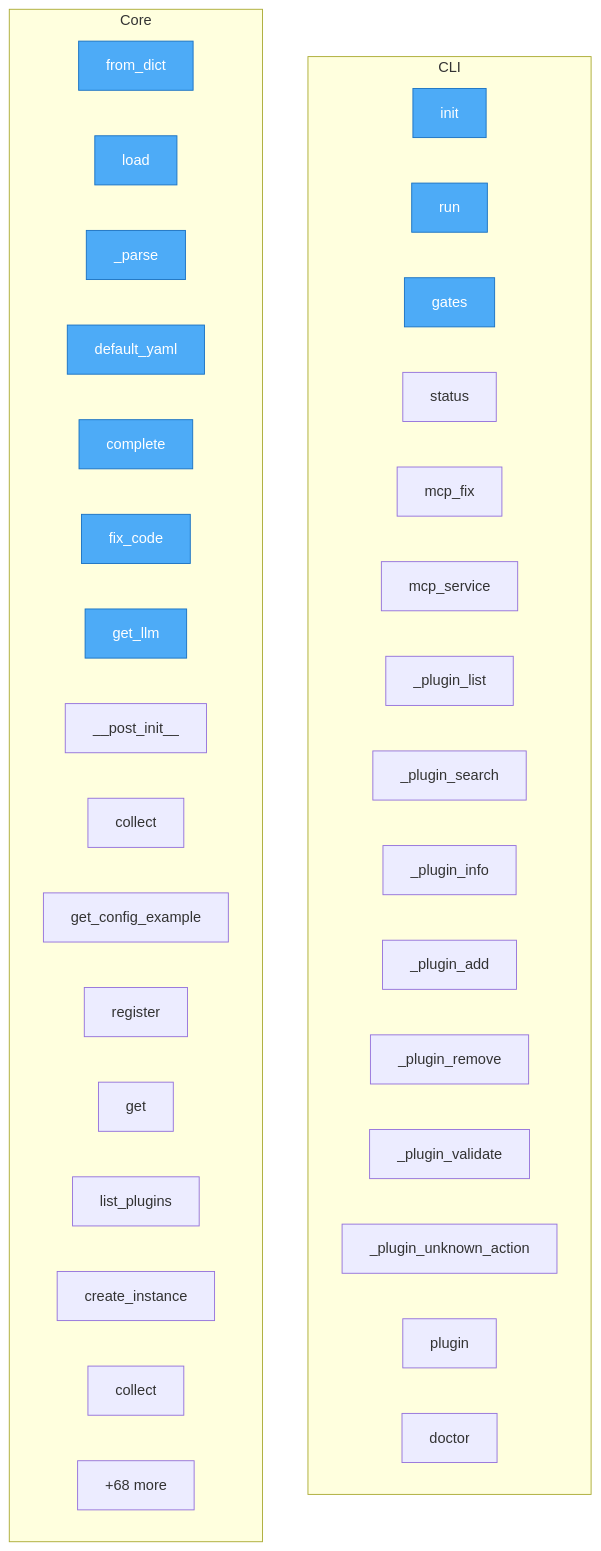
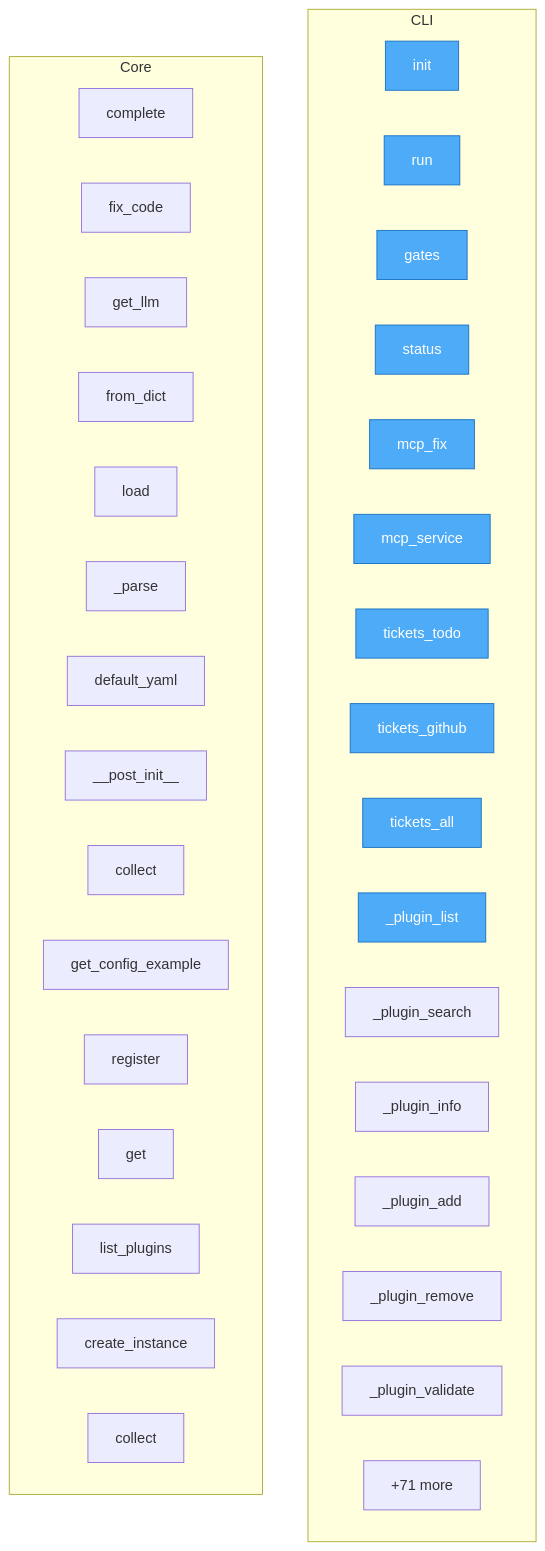
One commit to semcod/pyqual changed the diagram in project/flow.mmd. Above: the diagram before and after it, drawn with Mermaid. The commit also changed 51 other files, not shown here.

```diff
--- a/project/flow.mmd
+++ b/project/flow.mmd
@@ -1,43 +1,44 @@
 flowchart TD
 
     %% Entry points (blue)
     classDef entry fill:#4dabf7,stroke:#1971c2,color:#fff
 
     subgraph CLI
         pyqual__cli__init["init"]
         pyqual__cli__run["run"]
         pyqual__cli__gates["gates"]
         pyqual__cli__status["status"]
         pyqual__cli__mcp_fix["mcp_fix"]
         pyqual__cli__mcp_service["mcp_service"]
+        pyqual__cli__tickets_todo["tickets_todo"]
+        pyqual__cli__tickets_github["tickets_github"]
+        pyqual__cli__tickets_all["tickets_all"]
         pyqual__cli___plugin_list["_plugin_list"]
         pyqual__cli___plugin_search["_plugin_search"]
         pyqual__cli___plugin_info["_plugin_info"]
         pyqual__cli___plugin_add["_plugin_add"]
         pyqual__cli___plugin_remove["_plugin_remove"]
         pyqual__cli___plugin_validate["_plugin_validate"]
-        pyqual__cli___plugin_unknown_action["_plugin_unknown_action"]
-        pyqual__cli__plugin["plugin"]
-        pyqual__cli__doctor["doctor"]
+        ...["+3 more"]
     end
 
     subgraph Core
+        pyqual__llm__LLM__complete["complete"]
+        pyqual__llm__LLM__fix_code["fix_code"]
+        pyqual__llm__get_llm["get_llm"]
         pyqual__config__GateConfig__from_dict["from_dict"]
         pyqual__config__PyqualConfig__load["load"]
         pyqual__config__PyqualConfig___parse["_parse"]
         pyqual__config__PyqualConfig__default_yaml["default_yaml"]
-        pyqual__llm__LLM__complete["complete"]
-        pyqual__llm__LLM__fix_code["fix_code"]
-        pyqual__llm__get_llm["get_llm"]
         pyqual__plugins__PluginMetadata____post_init__["__post_init__"]
         pyqual__plugins__MetricCollector__collect["collect"]
         pyqual__plugins__MetricCollector__get_config_example["get_config_example"]
         pyqual__plugins__PluginRegistry__register["register"]
         pyqual__plugins__PluginRegistry__get["get"]
         pyqual__plugins__PluginRegistry__list_plugins["list_plugins"]
         pyqual__plugins__PluginRegistry__create_instance["create_instance"]
         pyqual__plugins__LLMBenchCollector__collect["collect"]
-        ...["+68 more"]
+        ...["+71 more"]
     end
 
-    class pyqual__config__GateConfig__from_dict,pyqual__config__PyqualConfig__load,pyqual__config__PyqualConfig___parse,pyqual__config__PyqualConfig__default_yaml,pyqual__llm__LLM__complete,pyqual__llm__LLM__fix_code,pyqual__llm__get_llm,pyqual__cli__init,pyqual__cli__run,pyqual__cli__gates entry
+    class pyqual__cli__init,pyqual__cli__run,pyqual__cli__gates,pyqual__cli__status,pyqual__cli__mcp_fix,pyqual__cli__mcp_service,pyqual__cli__tickets_todo,pyqual__cli__tickets_github,pyqual__cli__tickets_all,pyqual__cli___plugin_list entry
```
